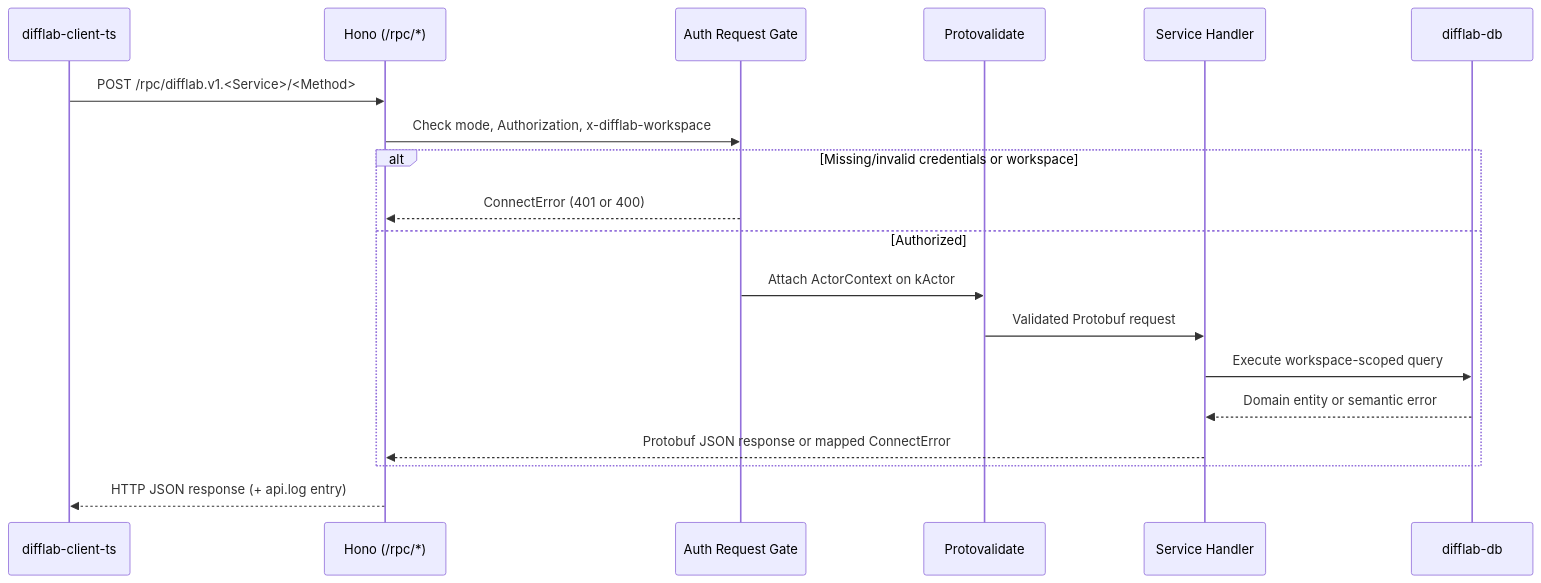
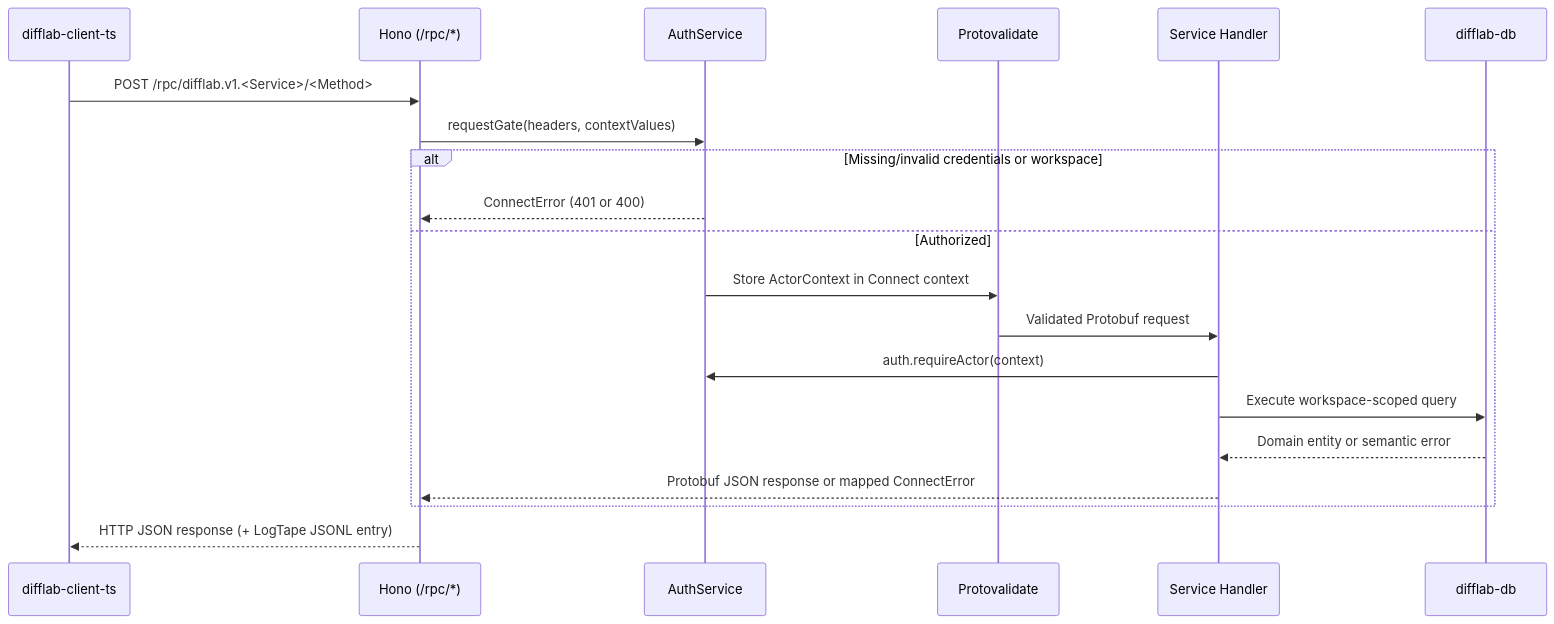
Before and after one commit to difflab-io/difflab: the second of 2 diagrams in docs/architecture/difflab-api/index.md, drawn with Mermaid. The commit also changed other lines of this file and 88 other files, not shown here.

````diff
--- a/docs/architecture/difflab-api/index.md
+++ b/docs/architecture/difflab-api/index.md
@@ -47,22 +47,23 @@
 ```mermaid
 sequenceDiagram
   participant Client as difflab-client-ts
   participant App as Hono (/rpc/*)
-  participant Gate as Auth Request Gate
+  participant Auth as AuthService
   participant Val as Protovalidate
   participant Svc as Service Handler
   participant DB as difflab-db
 
   Client->>App: POST /rpc/difflab.v1.<Service>/<Method>
-  App->>Gate: Check mode, Authorization, x-difflab-workspace
+  App->>Auth: requestGate(headers, contextValues)
   alt Missing/invalid credentials or workspace
-    Gate-->>App: ConnectError (401 or 400)
+    Auth-->>App: ConnectError (401 or 400)
   else Authorized
-    Gate->>Val: Attach ActorContext on kActor
+    Auth->>Val: Store ActorContext in Connect context
     Val->>Svc: Validated Protobuf request
+    Svc->>Auth: auth.requireActor(context)
     Svc->>DB: Execute workspace-scoped query
     DB-->>Svc: Domain entity or semantic error
     Svc-->>App: Protobuf JSON response or mapped ConnectError
   end
-  App-->>Client: HTTP JSON response (+ api.log entry)
+  App-->>Client: HTTP JSON response (+ LogTape JSONL entry)
 ```
````
